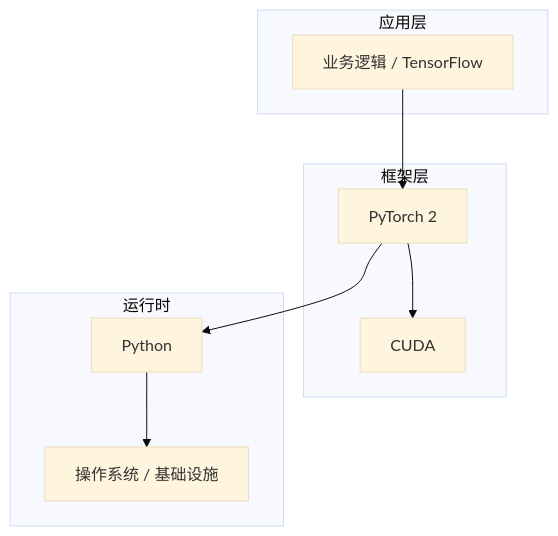
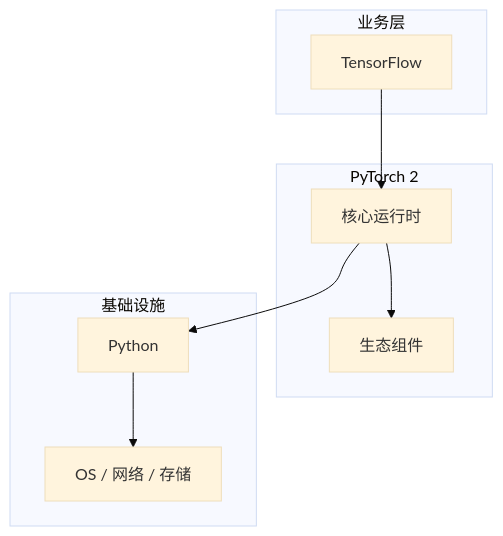
One commit to yanggan2015/knowledge-json-v2 changed the diagram in articles/深度学习/chapters/111-TensorFlow核心概念与原理.md. Above: the diagram before and after it, drawn with Mermaid (base theme). The commit also changed other lines of this file and 10127 other files, not shown here.

````diff
--- a/articles/深度学习/chapters/111-TensorFlow核心概念与原理.md
+++ b/articles/深度学习/chapters/111-TensorFlow核心概念与原理.md
@@ -45,18 +30,18 @@
 ```mermaid
 graph TB
-    subgraph 应用层
-        A[业务逻辑 / TensorFlow]
+    subgraph 业务层
+        A[TensorFlow]
     end
-    subgraph 框架层
-        B[PyTorch 2]
-        C[CUDA]
+    subgraph PyTorch 2
+        B[核心运行时]
+        C[生态组件]
     end
-    subgraph 运行时
+    subgraph 基础设施
         D[Python]
-        E[操作系统 / 基础设施]
+        E[OS / 网络 / 存储]
     end
     A --> B
     B --> C
     B --> D
     D --> E
 ```
````
